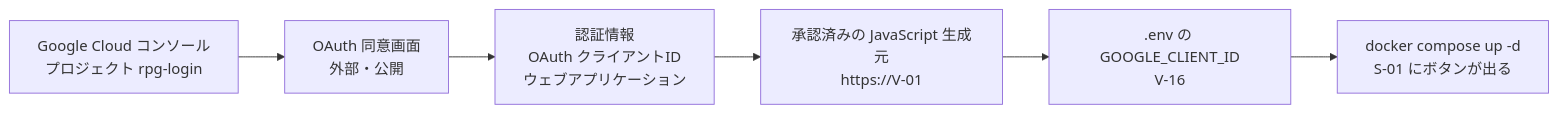
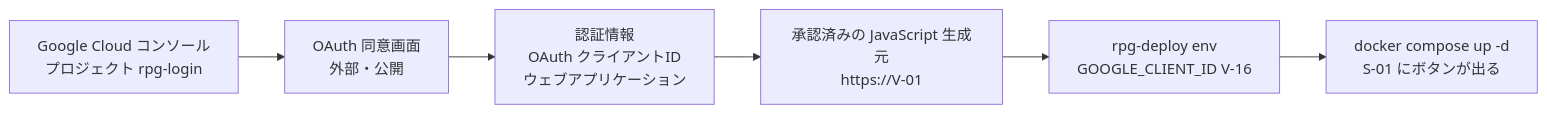
The third of 4 diagrams in documents/さくらのクラウド構築手順書_RPG学習アプリ.md (pocarialice/rpglearning), drawn with Mermaid before and after one commit. The commit also changed other lines of this file and 5 other files, not shown here.

First line of the commit message:
rpg-deploy に .env の設定を変える env を足し、Terraform に google_client_id を足す

````diff
--- a/documents/さくらのクラウド構築手順書_RPG学習アプリ.md
+++ b/documents/さくらのクラウド構築手順書_RPG学習アプリ.md
@@ -474,8 +474,8 @@
 ```mermaid
 flowchart LR
   A["Google Cloud コンソール<br>プロジェクト rpg-login"] --> B["OAuth 同意画面<br>外部・公開"]
   B --> C["認証情報<br>OAuth クライアントID<br>ウェブアプリケーション"]
   C --> D["承認済みの JavaScript 生成元<br>https://V-01"]
-  D --> E[".env の GOOGLE_CLIENT_ID<br>V-16"]
+  D --> E["rpg-deploy env<br>GOOGLE_CLIENT_ID V-16"]
   E --> F["docker compose up -d<br>S-01 にボタンが出る"]
 ```
````
